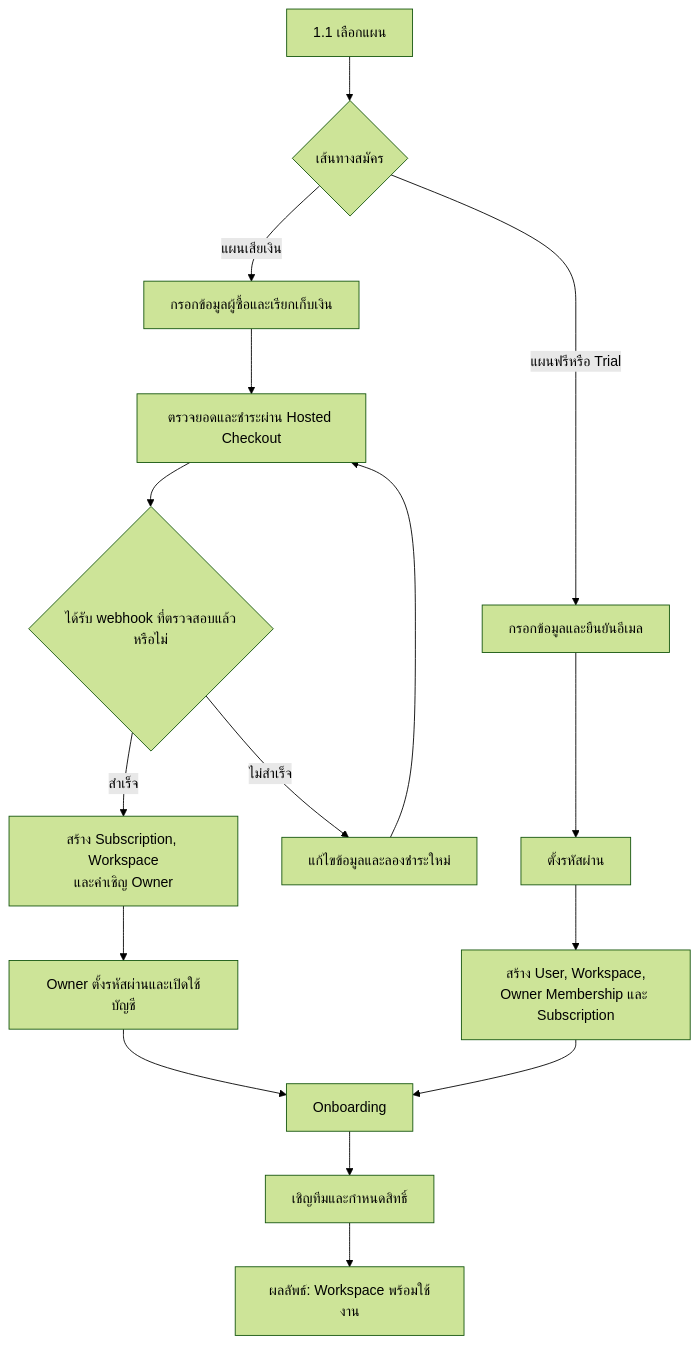
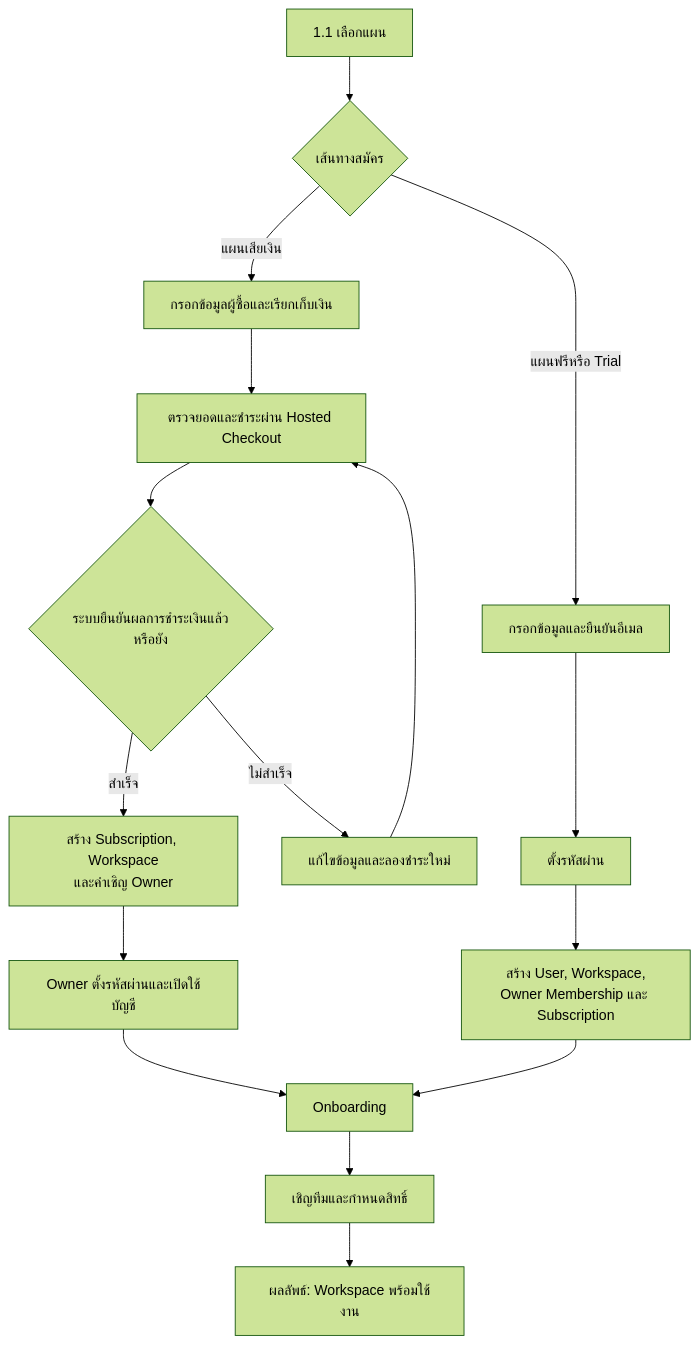
Before and after one commit to yukasung/mattersolv_docs: the first of 7 diagrams in docs/app/docs/workflow/page.mdx, drawn with Mermaid (forest theme). The commit also changed 1 other file, not shown here.

Commit message:
docs: simplify payment confirmation wording

````diff
--- a/docs/app/docs/workflow/page.mdx
+++ b/docs/app/docs/workflow/page.mdx
@@ -26,18 +26,18 @@
 ```mermaid
 flowchart TD
   A["1.1 เลือกแผน"] --> B{"เส้นทางสมัคร"}
   B -->|แผนฟรีหรือ Trial| C["กรอกข้อมูลและยืนยันอีเมล"]
   C --> D["ตั้งรหัสผ่าน"]
   D --> E["สร้าง User, Workspace,<br/>Owner Membership และ Subscription"]
   B -->|แผนเสียเงิน| F["กรอกข้อมูลผู้ซื้อและเรียกเก็บเงิน"]
   F --> G["ตรวจยอดและชำระผ่าน Hosted Checkout"]
-  G --> H{"ได้รับ webhook ที่ตรวจสอบแล้วหรือไม่"}
+  G --> H{"ระบบยืนยันผลการชำระเงินแล้วหรือยัง"}
   H -->|ไม่สำเร็จ| I["แก้ไขข้อมูลและลองชำระใหม่"]
   I --> G
   H -->|สำเร็จ| J["สร้าง Subscription, Workspace<br/>และคำเชิญ Owner"]
   J --> K["Owner ตั้งรหัสผ่านและเปิดใช้บัญชี"]
   K --> L["Onboarding"]
   E --> L
   L --> M["เชิญทีมและกำหนดสิทธิ์"]
   M --> R["ผลลัพธ์: Workspace พร้อมใช้งาน"]
 ```
````
